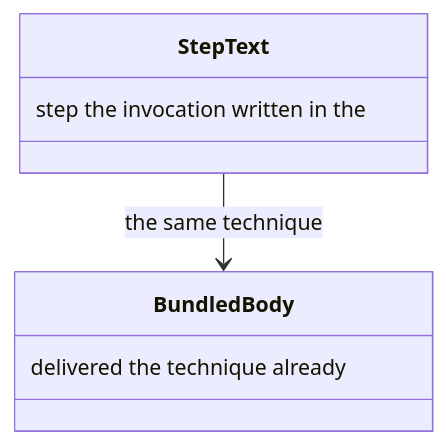
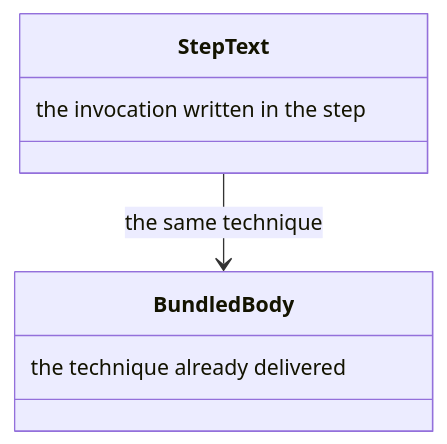
Diagram 20 of 34 in docs/resolution.md (m2ux/workflow-server), drawn with Mermaid before and after one commit. The commit also changed other lines of this file and 10 other files, not shown here.

Commit message:
Write each class-box note in reading order so the diagram shows the phrase as written.

````diff
--- a/docs/resolution.md
+++ b/docs/resolution.md
@@ -390,10 +390,10 @@
 ```mermaid
 classDiagram
   class StepText {
-    step the invocation written in the
+    the invocation written in the step
   }
   class BundledBody {
-    delivered the technique already
+    the technique already delivered
   }
   StepText --> BundledBody : the same technique
 ```
````
